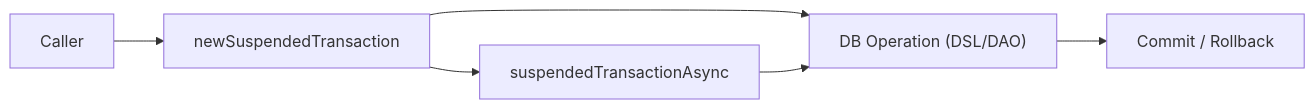
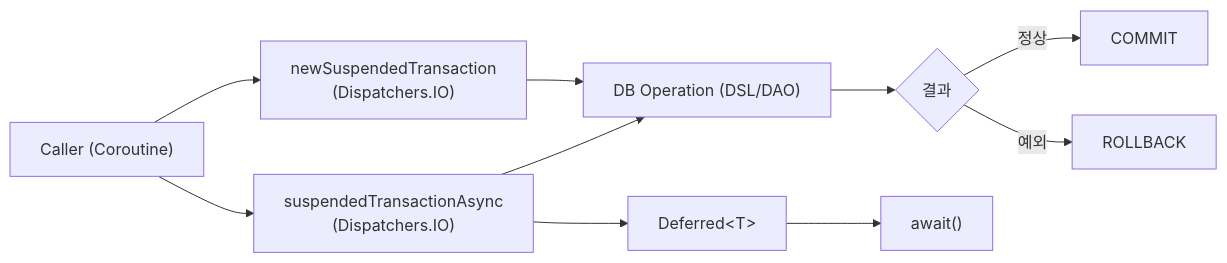
The first of 2 diagrams in 08-coroutines/README.md (bluetape4k/exposed-workshop), drawn with Mermaid before and after one commit. The commit also changed other lines of this file and 54 other files, not shown here.

````diff
--- a/08-coroutines/README.md
+++ b/08-coroutines/README.md
@@ -53,8 +56,12 @@
 ```mermaid
 flowchart LR
-    A["Caller"] --> B["newSuspendedTransaction"]
-    B --> C["DB Operation (DSL/DAO)"]
-    B --> D["suspendedTransactionAsync"]
-    D --> C
-    C --> E["Commit / Rollback"]
+    A["Caller (Coroutine)"] --> B["newSuspendedTransaction\n(Dispatchers.IO)"]
+    A --> C["suspendedTransactionAsync\n(Dispatchers.IO)"]
+    B --> D["DB Operation (DSL/DAO)"]
+    C --> D
+    D --> E{결과}
+    E -->|정상| F["COMMIT"]
+    E -->|예외| G["ROLLBACK"]
+    C --> H["Deferred&lt;T&gt;"]
+    H --> I["await()"]
 ```
````
